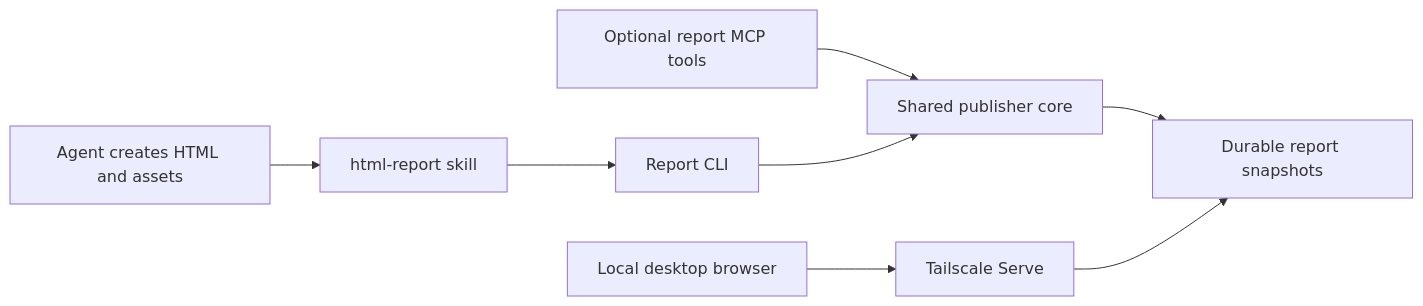
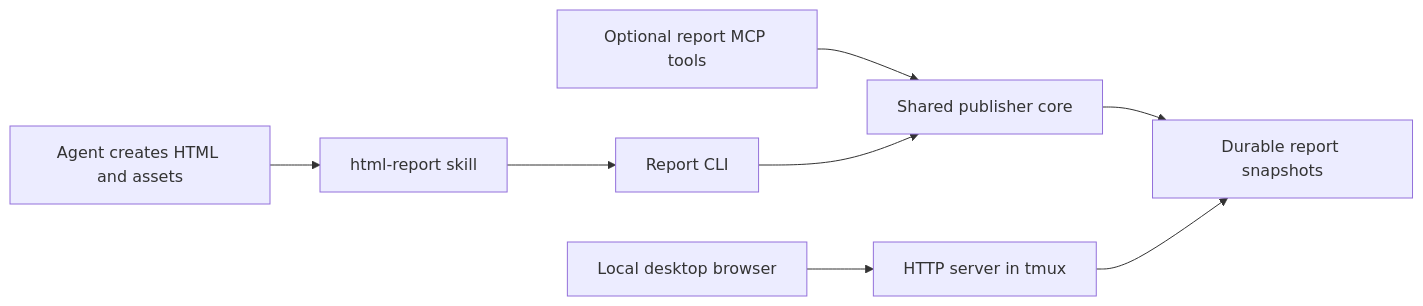
The diagram in docs/html-report-design.md (byebyebryan/codex-plus), drawn with Mermaid before and after one commit. The commit also changed other lines of this file and 13 other files, not shown here.

Commit message:
feat(reports): host plain HTTP in an owned tmux session

````diff
--- a/docs/html-report-design.md
+++ b/docs/html-report-design.md
@@ -94,10 +94,10 @@
 ```mermaid
 flowchart LR
     A[Agent creates HTML and assets] --> S[html-report skill]
     S --> C[Report CLI]
     M[Optional report MCP tools] --> P[Shared publisher core]
     C --> P
     P --> D[Durable report snapshots]
-    T[Tailscale Serve] --> D
+    T[HTTP server in tmux] --> D
     B[Local desktop browser] --> T
 ```
````
